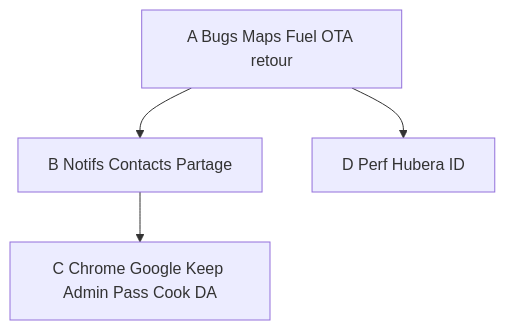
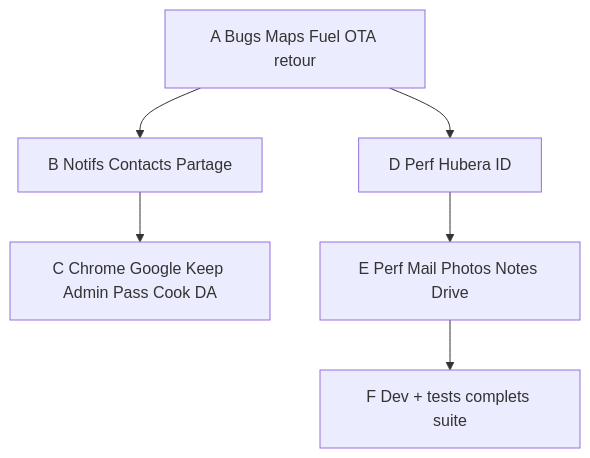
The diagram in content/PLAN.md (PavelDelhomme/HuberaDocs), drawn with Mermaid before and after one commit. The commit also changed other lines of this file and 3 other files, not shown here.

````diff
--- a/content/PLAN.md
+++ b/content/PLAN.md
@@ -13,10 +15,12 @@
 ```mermaid
 flowchart TD
   a[A Bugs Maps Fuel OTA retour]
   b[B Notifs Contacts Partage]
   c[C Chrome Google Keep Admin Pass Cook DA]
   d[D Perf Hubera ID]
   a --> b
   b --> c
   a --> d
+  d --> e[E Perf Mail Photos Notes Drive]
+  e --> f[F Dev + tests complets suite]
 ```
````
